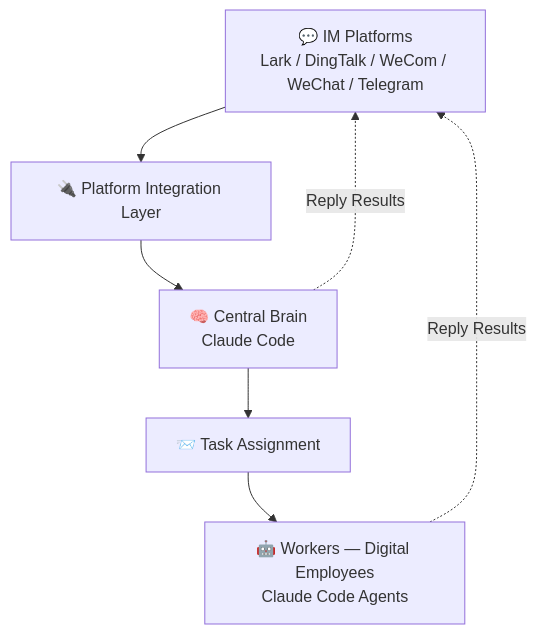
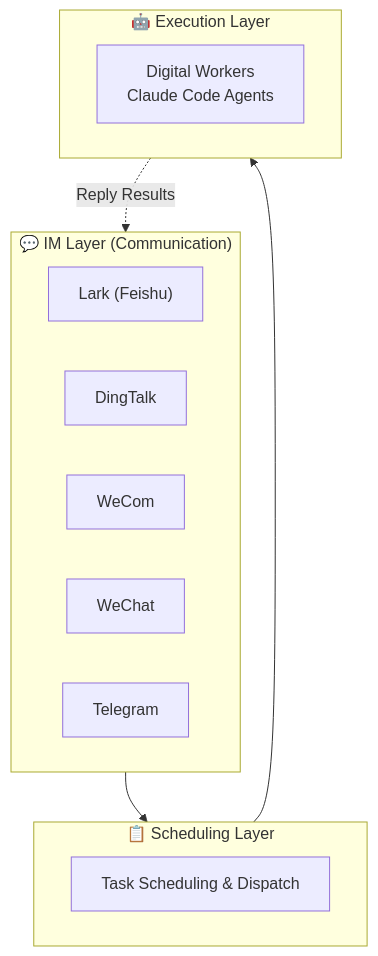
Before and after one commit to theopenbee/docs: the diagram in content/docs/index.mdx, drawn with Mermaid. The commit also changed other lines of this file and 1 other file, not shown here.

Commit message:
docs: update How It Works to three-layer architecture
Restructure the architecture diagram in both EN and CN introduction pages
to clearly show three layers: IM (Communication), Scheduling, and Execution.

````diff
--- a/content/docs/index.mdx
+++ b/content/docs/index.mdx
@@ -19,9 +21,22 @@
 ```mermaid
 graph TD
-    A["💬 IM Platforms\nLark / DingTalk / WeCom / WeChat / Telegram"] --> B["🔌 Platform Integration Layer"]
-    B --> C["🧠 Central Brain\nClaude Code"]
-    C --> D["📨 Task Assignment"]
-    D --> E["🤖 Workers — Digital Employees\nClaude Code Agents"]
-    E -. "Reply Results" .-> A
-    C -. "Reply Results" .-> A
+    subgraph IM["💬 IM Layer (Communication)"]
+        A1["Lark (Feishu)"]
+        A2["DingTalk"]
+        A3["WeCom"]
+        A4["WeChat"]
+        A5["Telegram"]
+    end
+
+    subgraph SCHED["📋 Scheduling Layer"]
+        B["Task Scheduling & Dispatch"]
+    end
+
+    subgraph EXEC["🤖 Execution Layer"]
+        C["Digital Workers\nClaude Code Agents"]
+    end
+
+    IM --> SCHED
+    SCHED --> EXEC
+    EXEC -. "Reply Results" .-> IM
 ```
````
